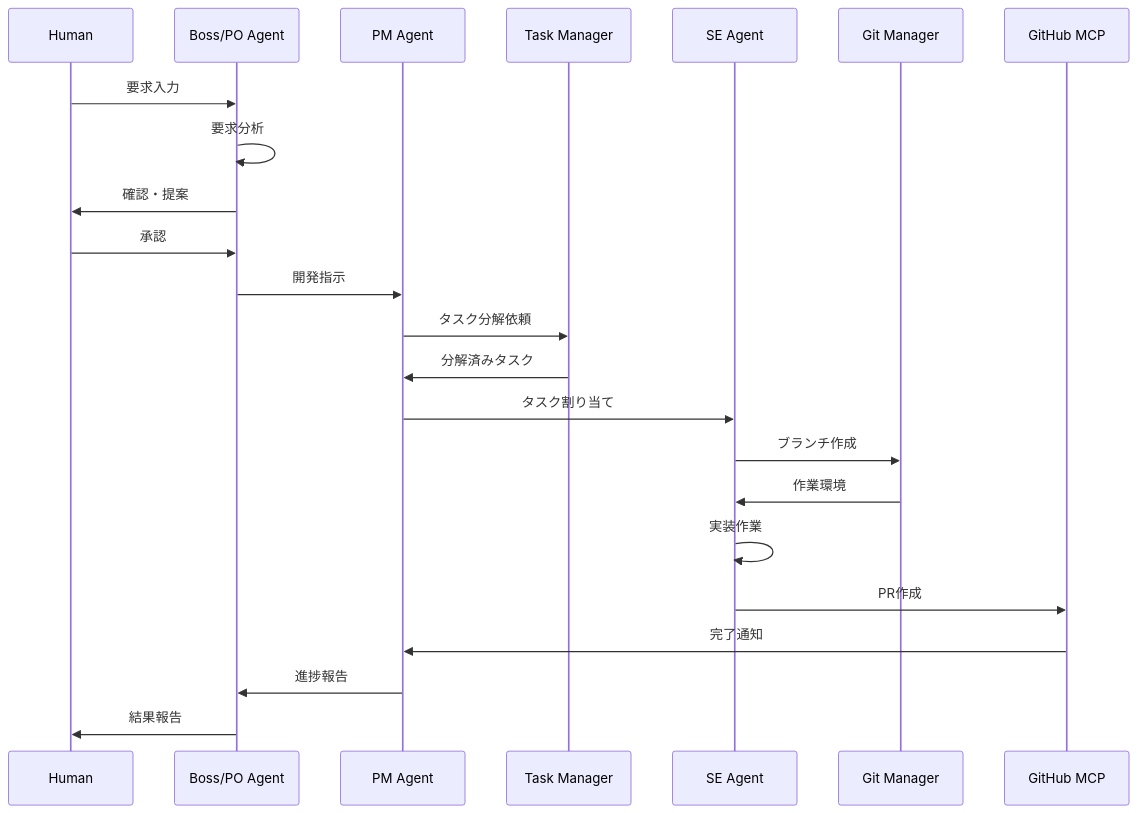
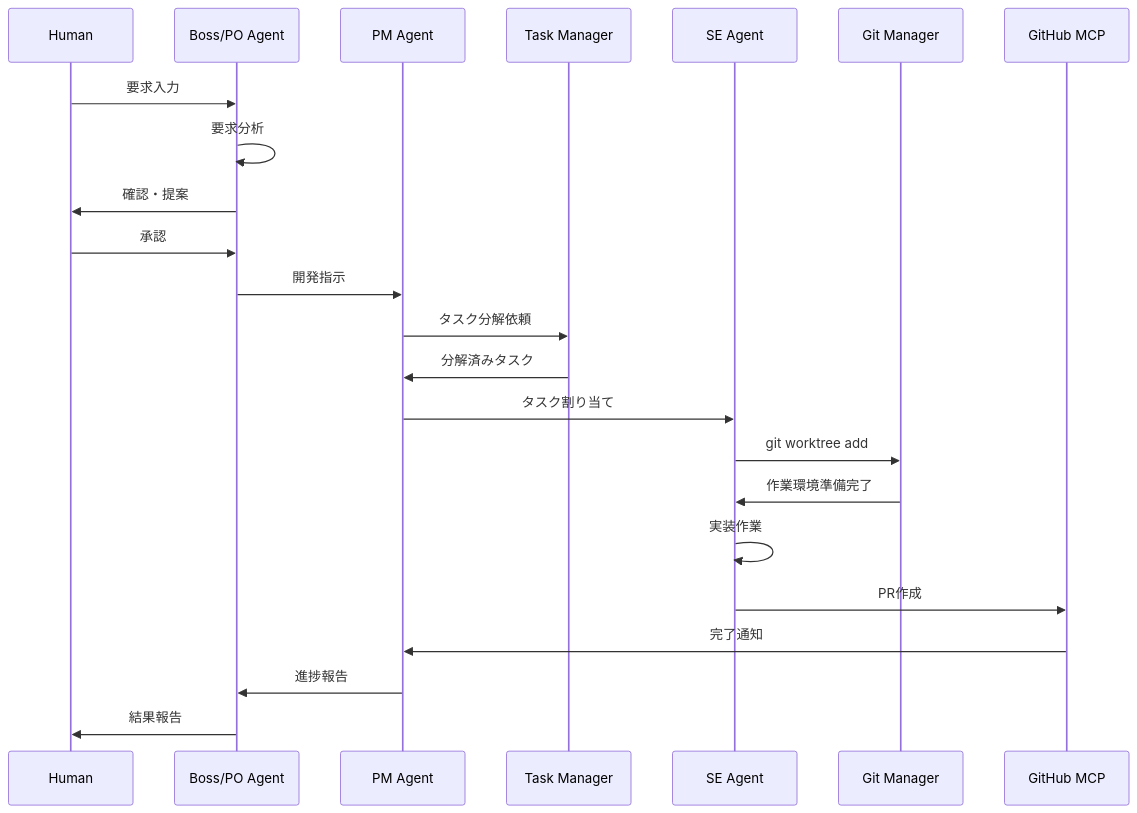
Before and after one commit to norinoriver/ai-multi-agent: the second of 3 diagrams in docs/development-flow/design/software_design_document.md, drawn with Mermaid. The commit also changed other lines of this file and 2 other files, not shown here.

First line of the commit message:
refactor: Git Worktree Manager概念を削除してgitコマンド直接実行に変更

````diff
--- a/docs/development-flow/design/software_design_document.md
+++ b/docs/development-flow/design/software_design_document.md
@@ -229,26 +229,26 @@
 ```mermaid
 sequenceDiagram
     participant H as Human
     participant B as Boss/PO Agent
     participant P as PM Agent
     participant T as Task Manager
     participant S as SE Agent
     participant G as Git Manager
     participant GH as GitHub MCP
     
     H->>B: 要求入力
     B->>B: 要求分析
     B->>H: 確認・提案
     H->>B: 承認
     B->>P: 開発指示
     P->>T: タスク分解依頼
     T->>P: 分解済みタスク
     P->>S: タスク割り当て
-    S->>G: ブランチ作成
-    G->>S: 作業環境
+    S->>G: git worktree add
+    G->>S: 作業環境準備完了
     S->>S: 実装作業
     S->>GH: PR作成
     GH->>P: 完了通知
     P->>B: 進捗報告
     B->>H: 結果報告
 ```
````
